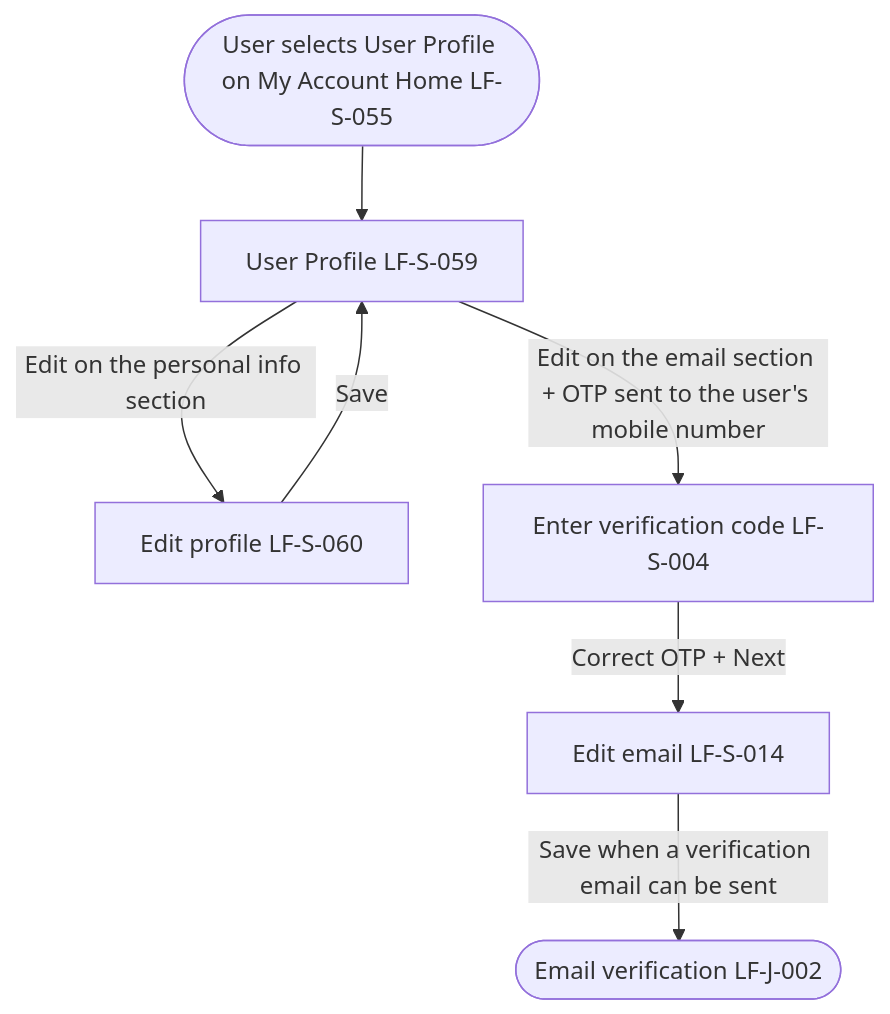
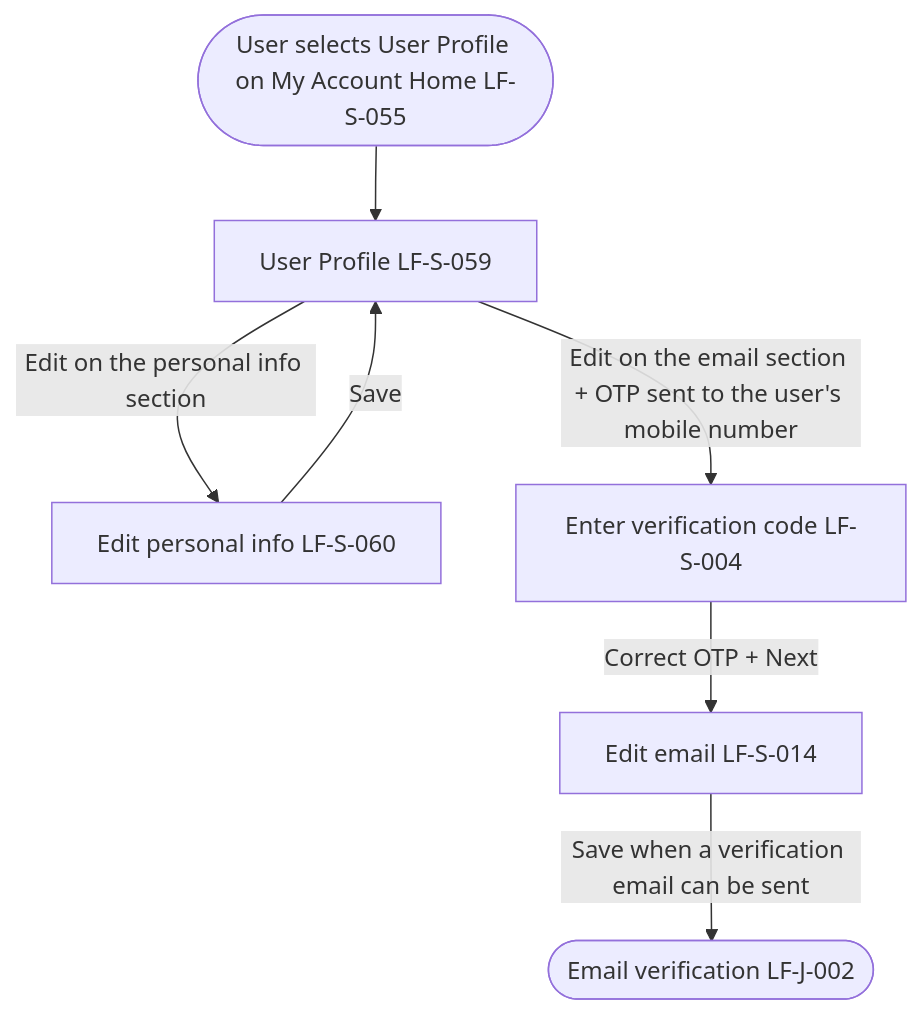
One commit to nandong-tech/product-management changed the diagram in prebuilt_prds/LF-J-018-user-profile-editing.md. Above: the diagram before and after it, drawn with Mermaid. The commit also changed other lines of this file and 5 other files, not shown here.

````diff
--- a/prebuilt_prds/LF-J-018-user-profile-editing.md
+++ b/prebuilt_prds/LF-J-018-user-profile-editing.md
@@ -51,9 +53,9 @@
 ```mermaid
 flowchart TD
   start([User selects User Profile on My Account Home LF-S-055]) --> profile[User Profile LF-S-059]
-  profile -->|Edit on the personal info section| editProfile[Edit profile LF-S-060]
+  profile -->|Edit on the personal info section| editProfile[Edit personal info LF-S-060]
   editProfile -->|Save| profile
   profile -->|Edit on the email section + OTP sent to the user's mobile number| otp[Enter verification code LF-S-004]
   otp -->|Correct OTP + Next| editEmail[Edit email LF-S-014]
   editEmail -->|Save when a verification email can be sent| emailVerify([Email verification LF-J-002])
 ```
````
